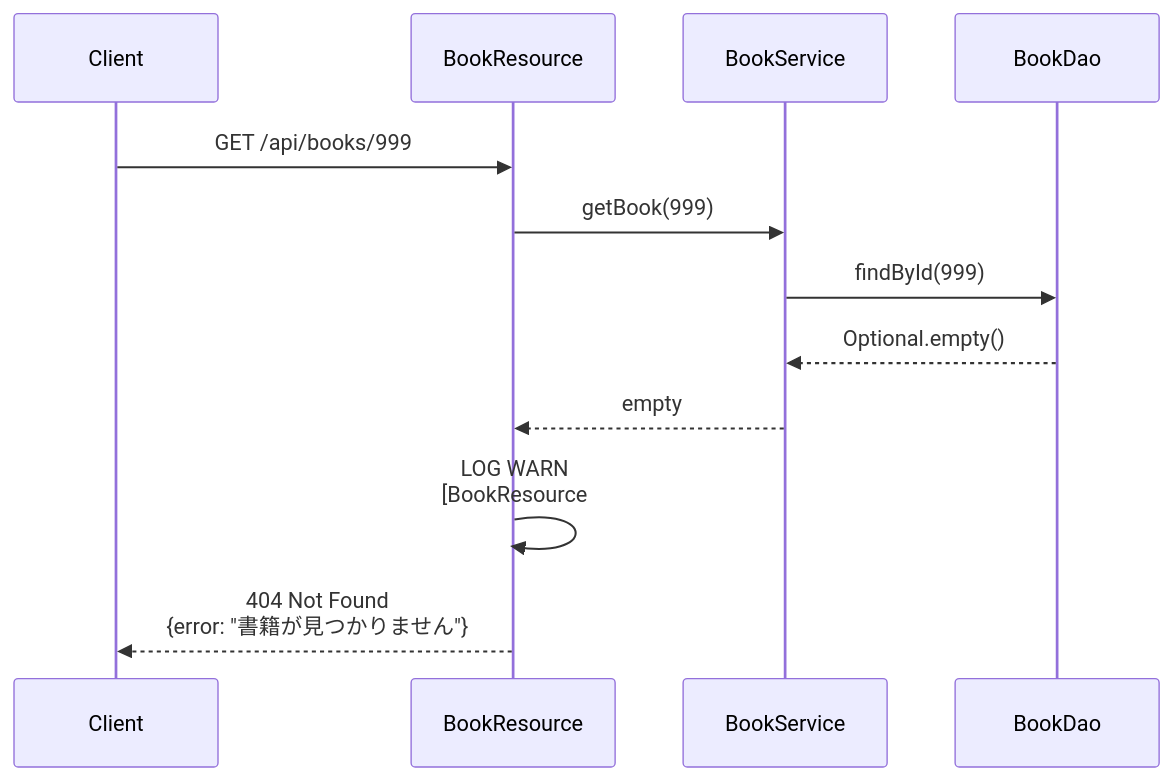
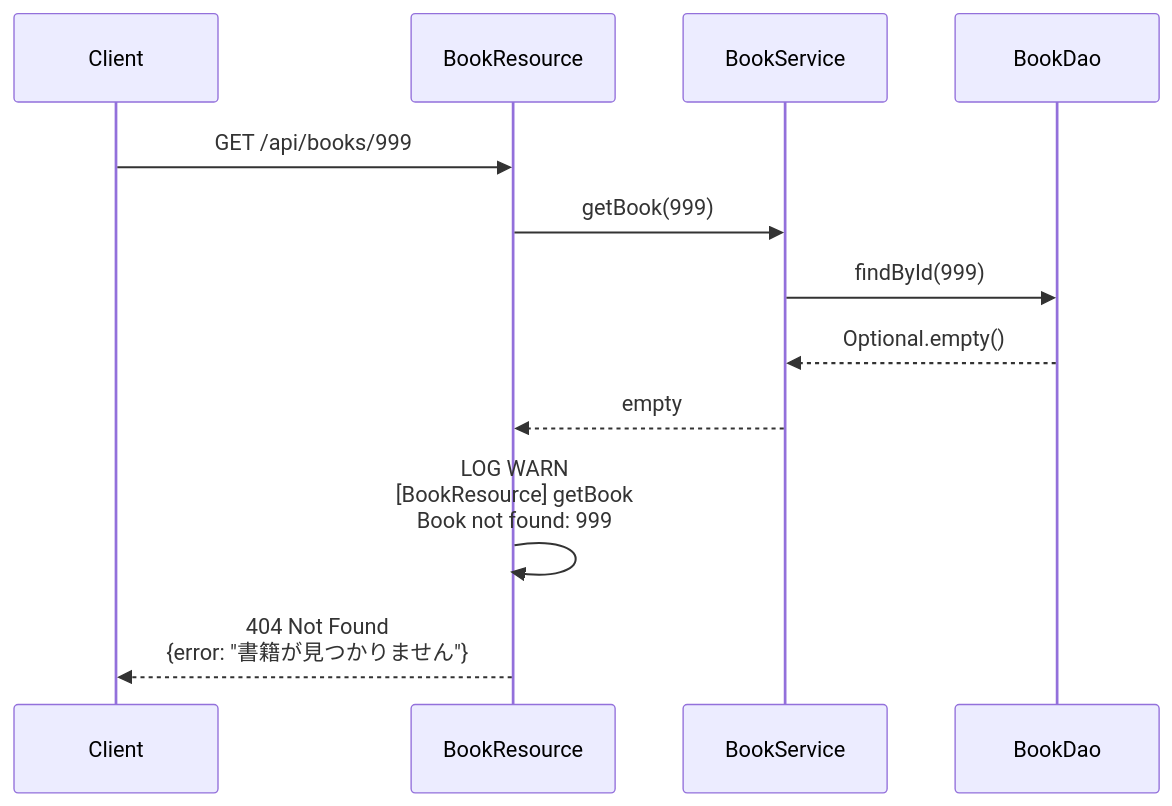
Before and after one commit to KenyaSaitoh/ai_driven_dev_202601: the seventh of 8 diagrams in projects/sdd/bookstore/back-office-api-sdd/specs/baseline/api/API_002_books/functional_design.md, drawn with Mermaid. The commit also changed other lines of this file and 52 other files, not shown here.

````diff
--- a/projects/sdd/bookstore/back-office-api-sdd/specs/baseline/api/API_002_books/functional_design.md
+++ b/projects/sdd/bookstore/back-office-api-sdd/specs/baseline/api/API_002_books/functional_design.md
@@ -712,15 +668,15 @@
 ```mermaid
 sequenceDiagram
     participant Client
     participant BookResource
     participant BookService
     participant BookDao
 
     Client->>BookResource: GET /api/books/999
     BookResource->>BookService: getBook(999)
     BookService->>BookDao: findById(999)
     BookDao-->>BookService: Optional.empty()
     BookService-->>BookResource: empty
-    BookResource->>BookResource: LOG WARN<br/>[BookResource#getBook]<br/>Book not found: 999
+    BookResource->>BookResource: LOG WARN<br/>[BookResource] getBook<br/>Book not found: 999
     BookResource-->>Client: 404 Not Found<br/>{error: "書籍が見つかりません"}
 ```
````
